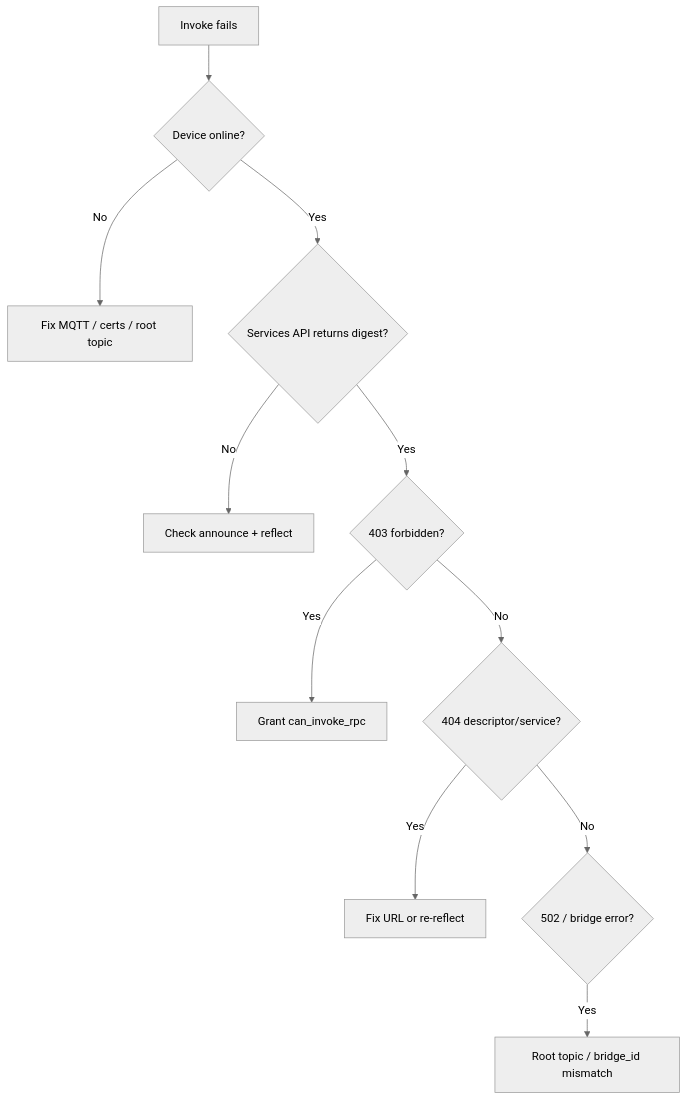
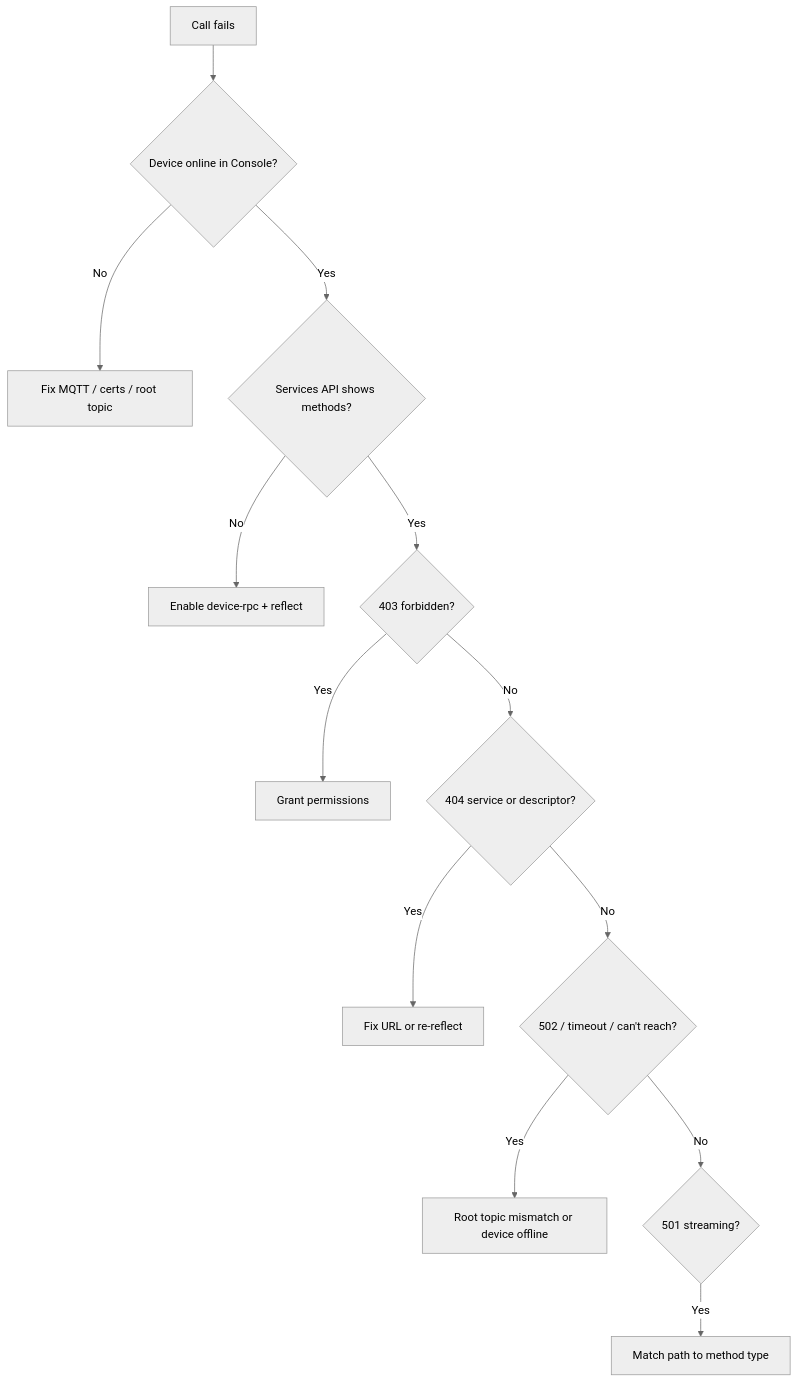
The diagram in edge/device-rpc/troubleshooting.mdx (golain-io/docs), drawn with Mermaid (neutral theme) before and after one commit. The commit also changed other lines of this file and 10 other files, not shown here.

First line of the commit message:
docs(edge): rename Device RPC and document RPC host plus SSE streams

````diff
--- a/edge/device-rpc/troubleshooting.mdx
+++ b/edge/device-rpc/troubleshooting.mdx
@@ -10,13 +21,15 @@
 ```mermaid
 flowchart TD
-  A[Invoke fails] --> B{Device online?}
+  A[Call fails] --> B{Device online in Console?}
   B -->|No| C[Fix MQTT / certs / root topic]
-  B -->|Yes| D{Services API returns digest?}
-  D -->|No| E[Check announce + reflect]
+  B -->|Yes| D{Services API shows methods?}
+  D -->|No| E[Enable device-rpc + reflect]
   D -->|Yes| F{403 forbidden?}
-  F -->|Yes| G[Grant can_invoke_rpc]
-  F -->|No| H{404 descriptor/service?}
+  F -->|Yes| G[Grant permissions]
+  F -->|No| H{404 service or descriptor?}
   H -->|Yes| I[Fix URL or re-reflect]
-  H -->|No| J{502 / bridge error?}
-  J -->|Yes| K[Root topic / bridge_id mismatch]
+  H -->|No| J{502 / timeout / can't reach?}
+  J -->|Yes| K[Root topic mismatch or device offline]
+  J -->|No| L{501 streaming?}
+  L -->|Yes| M[Match path to method type]
 ```
````
